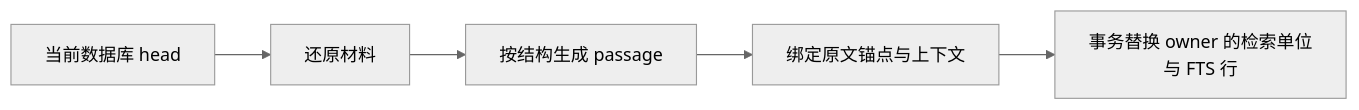
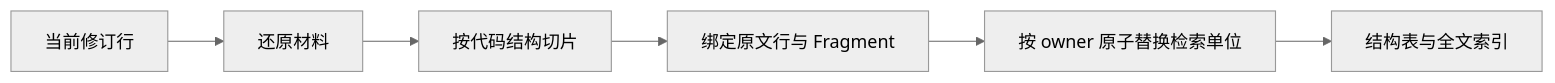
Before and after one commit to lejunyang/omem: the diagram in .repo-review/knowledge/articles/130cdb6c662c51b13762227a6e5989994935a42467c7e55412ace7eb689e1d4f.md, drawn with Mermaid (neutral theme). The commit also changed other lines of this file and 20 other files, not shown here.

````diff
--- a/.repo-review/knowledge/articles/130cdb6c662c51b13762227a6e5989994935a42467c7e55412ace7eb689e1d4f.md
+++ b/.repo-review/knowledge/articles/130cdb6c662c51b13762227a6e5989994935a42467c7e55412ace7eb689e1d4f.md
@@ -19,7 +19,8 @@
 ```mermaid
 flowchart LR
-  A[当前数据库 head] --> B[还原材料]
-  B --> C[按结构生成 passage]
-  C --> D[绑定原文锚点与上下文]
-  D --> E[事务替换 owner 的检索单位与 FTS 行]
+  A[当前修订行] --> B[还原材料]
+  B --> C[按代码结构切片]
+  C --> D[绑定原文行与 Fragment]
+  D --> E[按 owner 原子替换检索单位]
+  E --> F[结构表与全文索引]
 ```
````
